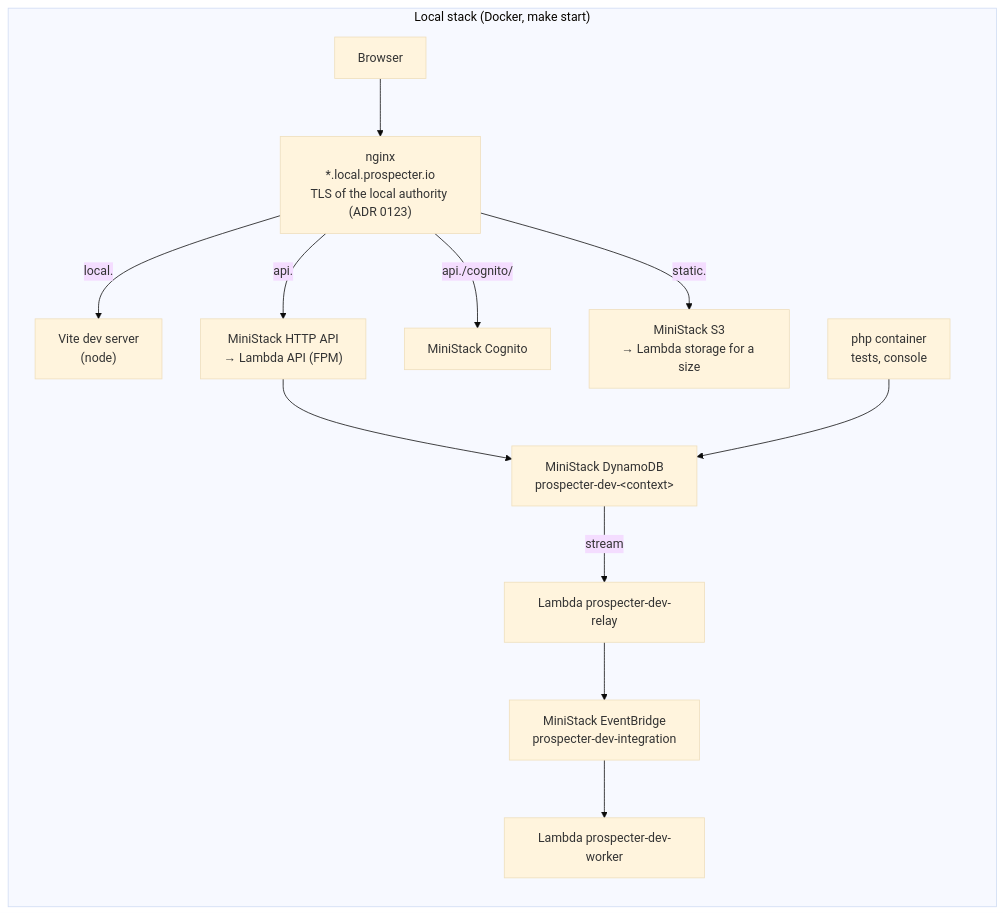
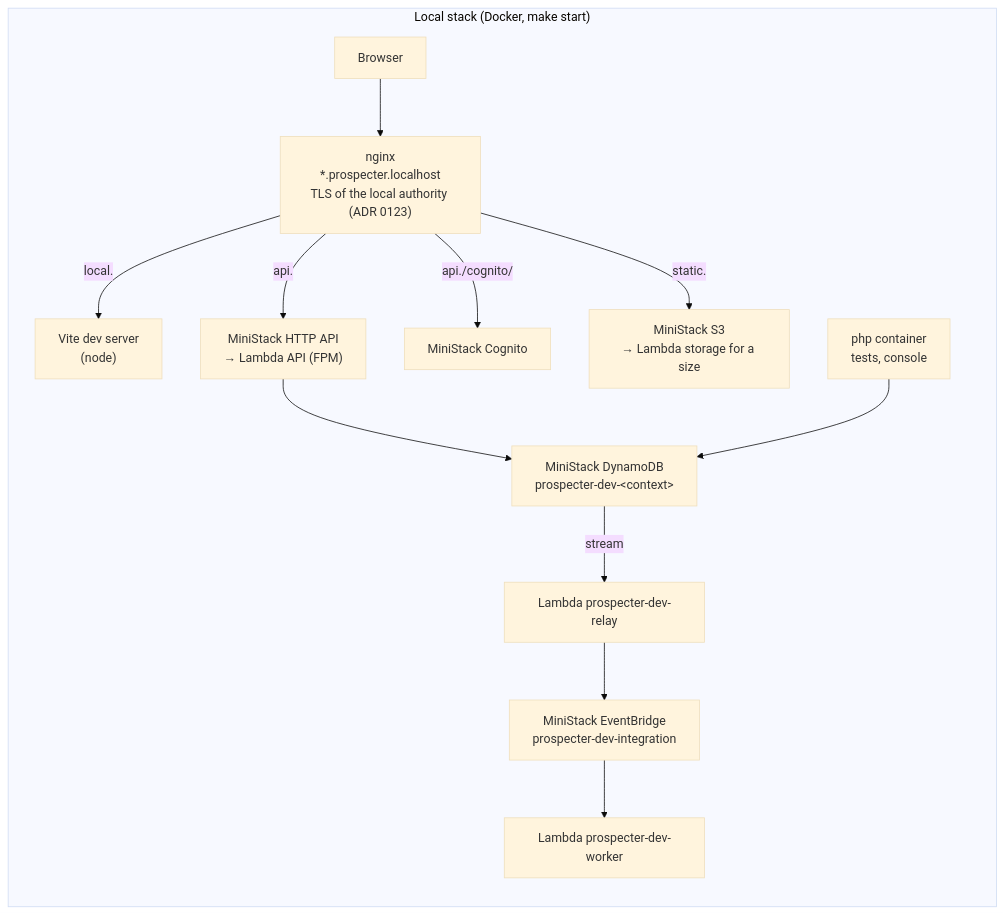
The first of 2 diagrams in docs/architecture/local-vs-aws.md (SO-LEAN/prospecterapp), drawn with Mermaid (base theme) before and after one commit. The commit also changed other lines of this file and 4 other files, not shown here.

First line of the commit message:
docs: ADR 0126, the local stack is served under prospecter.localhost

````diff
--- a/docs/architecture/local-vs-aws.md
+++ b/docs/architecture/local-vs-aws.md
@@ -9,15 +9,15 @@
 ```mermaid
 flowchart LR
   subgraph LOCAL["Local stack (Docker, make start)"]
-    B1["Browser"] --> NG["nginx<br/>*.local.prospecter.io<br/>TLS of the local authority (ADR 0123)"]
+    B1["Browser"] --> NG["nginx<br/>*.prospecter.localhost<br/>TLS of the local authority (ADR 0123)"]
     NG -- "local." --> VITE["Vite dev server<br/>(node)"]
     NG -- "api." --> MS_API["MiniStack HTTP API<br/>→ Lambda API (FPM)"]
     NG -- "api./cognito/" --> MS_COG["MiniStack Cognito"]
     NG -- "static." --> MS_S3["MiniStack S3<br/>→ Lambda storage for a size"]
     MS_API --> MS_DDB["MiniStack DynamoDB<br/>prospecter-dev-&lt;context&gt;"]
     MS_DDB -- stream --> MS_RL["Lambda prospecter-dev-relay"]
     MS_RL --> MS_EB["MiniStack EventBridge<br/>prospecter-dev-integration"]
     MS_EB --> MS_WK["Lambda prospecter-dev-worker"]
     PHP["php container<br/>tests, console"] --> MS_DDB
   end
 ```
````
